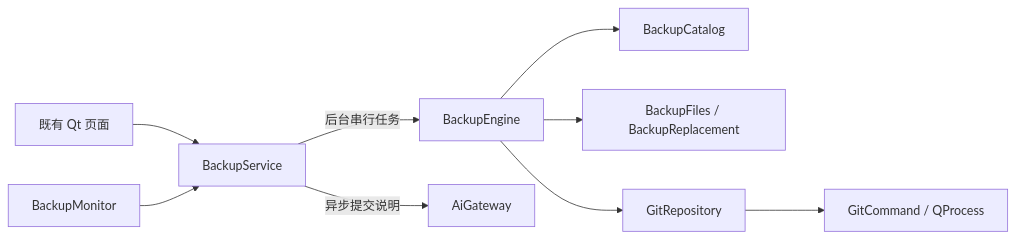
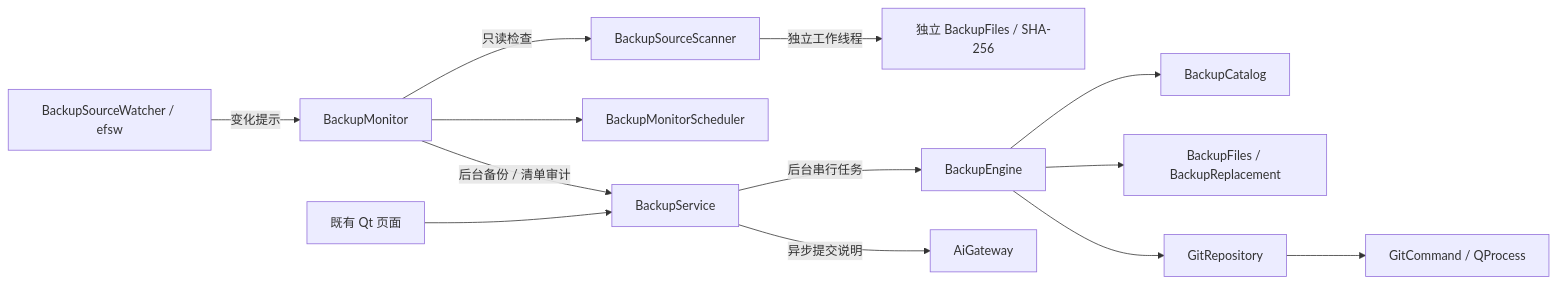
One commit to Zao-chen/ZcVersionBox changed the diagram in docs/backup-architecture.md. Above: the diagram before and after it, drawn with Mermaid. The commit also changed other lines of this file and 15 other files, not shown here.

````diff
--- a/docs/backup-architecture.md
+++ b/docs/backup-architecture.md
@@ -7,11 +7,15 @@
 ```mermaid
 flowchart LR
     UI[既有 Qt 页面] --> Service[BackupService]
-    Monitor[BackupMonitor] --> Service
+    Watcher[BackupSourceWatcher / efsw] -->|变化提示| Monitor[BackupMonitor]
+    Monitor --> Policy[BackupMonitorScheduler]
+    Monitor -->|只读检查| Scanner[BackupSourceScanner]
+    Scanner -->|独立工作线程| ScanFiles[独立 BackupFiles / SHA-256]
+    Monitor -->|后台备份 / 清单审计| Service
     Service -->|后台串行任务| Engine[BackupEngine]
     Service -->|异步提交说明| AI[AiGateway]
     Engine --> Catalog[BackupCatalog]
     Engine --> Files[BackupFiles / BackupReplacement]
     Engine --> Git[GitRepository]
     Git --> Command[GitCommand / QProcess]
 ```
````
